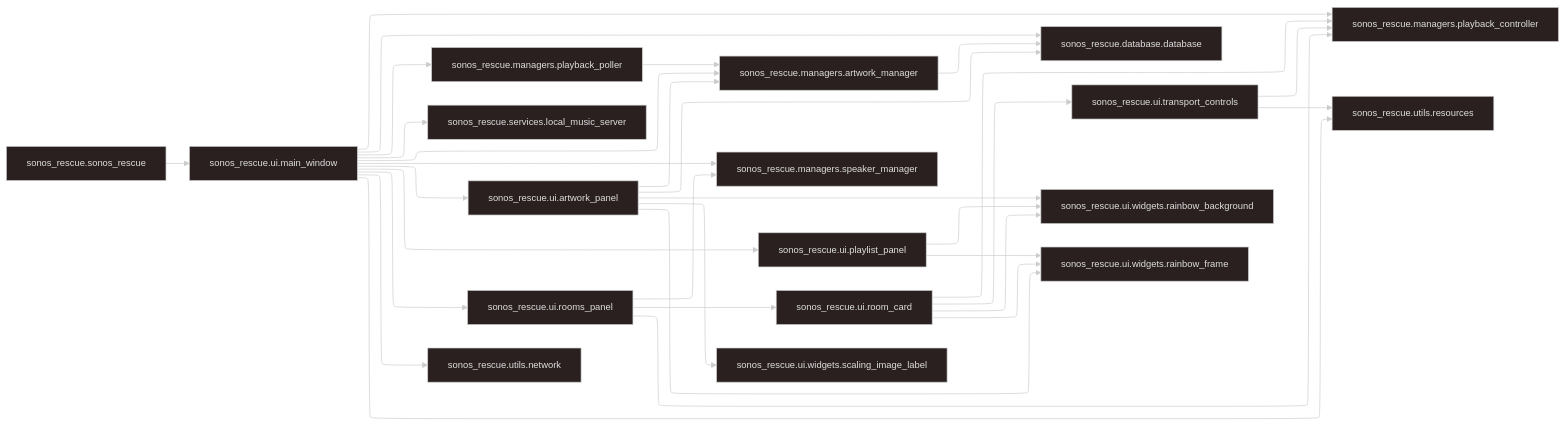
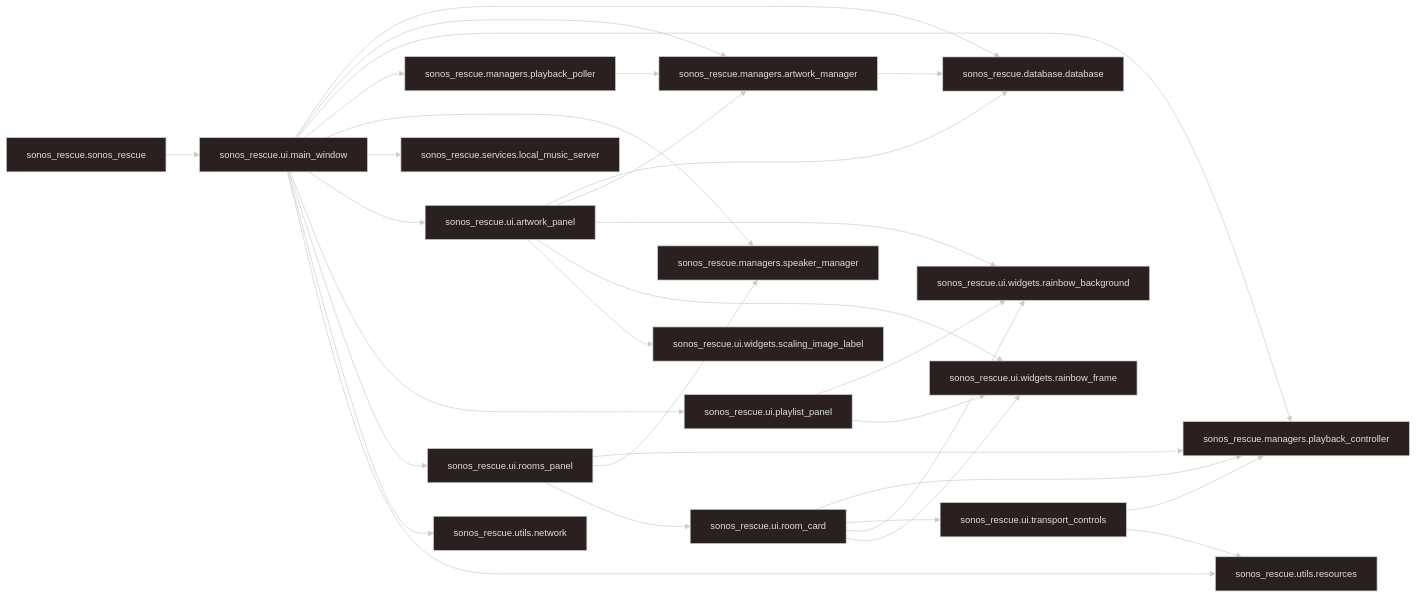
Before and after one commit to SpikeyMikie/Sonos_Rescue: the fifth of 5 diagrams in docs/architecture.md, drawn with Mermaid. The commit also changed other lines of this file and 8 other files, not shown here.

````diff
--- a/docs/architecture.md
+++ b/docs/architecture.md
@@ -349,56 +346,55 @@
 ```mermaid
 ---
 config:
   theme: neo-dark
-  layout: elk
 ---
 flowchart LR
     module_sonos__rescue_database_database["sonos_rescue.database.database"]
     module_sonos__rescue_managers_artwork__manager["sonos_rescue.managers.artwork_manager"]
     module_sonos__rescue_managers_playback__controller["sonos_rescue.managers.playback_controller"]
     module_sonos__rescue_managers_playback__poller["sonos_rescue.managers.playback_poller"]
     module_sonos__rescue_managers_speaker__manager["sonos_rescue.managers.speaker_manager"]
     module_sonos__rescue_services_local__music__server["sonos_rescue.services.local_music_server"]
     module_sonos__rescue_sonos__rescue["sonos_rescue.sonos_rescue"]
     module_sonos__rescue_ui_artwork__panel["sonos_rescue.ui.artwork_panel"]
     module_sonos__rescue_ui_main__window["sonos_rescue.ui.main_window"]
     module_sonos__rescue_ui_playlist__panel["sonos_rescue.ui.playlist_panel"]
     module_sonos__rescue_ui_room__card["sonos_rescue.ui.room_card"]
     module_sonos__rescue_ui_rooms__panel["sonos_rescue.ui.rooms_panel"]
     module_sonos__rescue_ui_transport__controls["sonos_rescue.ui.transport_controls"]
     module_sonos__rescue_ui_widgets_rainbow__background["sonos_rescue.ui.widgets.rainbow_background"]
     module_sonos__rescue_ui_widgets_rainbow__frame["sonos_rescue.ui.widgets.rainbow_frame"]
     module_sonos__rescue_ui_widgets_scaling__image__label["sonos_rescue.ui.widgets.scaling_image_label"]
     module_sonos__rescue_utils_network["sonos_rescue.utils.network"]
     module_sonos__rescue_utils_resources["sonos_rescue.utils.resources"]
     module_sonos__rescue_managers_artwork__manager --> module_sonos__rescue_database_database
     module_sonos__rescue_managers_playback__poller --> module_sonos__rescue_managers_artwork__manager
     module_sonos__rescue_sonos__rescue --> module_sonos__rescue_ui_main__window
     module_sonos__rescue_ui_artwork__panel --> module_sonos__rescue_database_database
     module_sonos__rescue_ui_artwork__panel --> module_sonos__rescue_managers_artwork__manager
     module_sonos__rescue_ui_artwork__panel --> module_sonos__rescue_ui_widgets_rainbow__background
     module_sonos__rescue_ui_artwork__panel --> module_sonos__rescue_ui_widgets_rainbow__frame
     module_sonos__rescue_ui_artwork__panel --> module_sonos__rescue_ui_widgets_scaling__image__label
     module_sonos__rescue_ui_main__window --> module_sonos__rescue_database_database
     module_sonos__rescue_ui_main__window --> module_sonos__rescue_managers_artwork__manager
     module_sonos__rescue_ui_main__window --> module_sonos__rescue_managers_playback__controller
     module_sonos__rescue_ui_main__window --> module_sonos__rescue_managers_playback__poller
     module_sonos__rescue_ui_main__window --> module_sonos__rescue_managers_speaker__manager
     module_sonos__rescue_ui_main__window --> module_sonos__rescue_services_local__music__server
     module_sonos__rescue_ui_main__window --> module_sonos__rescue_ui_artwork__panel
     module_sonos__rescue_ui_main__window --> module_sonos__rescue_ui_playlist__panel
     module_sonos__rescue_ui_main__window --> module_sonos__rescue_ui_rooms__panel
     module_sonos__rescue_ui_main__window --> module_sonos__rescue_utils_network
     module_sonos__rescue_ui_main__window --> module_sonos__rescue_utils_resources
     module_sonos__rescue_ui_playlist__panel --> module_sonos__rescue_ui_widgets_rainbow__background
     module_sonos__rescue_ui_playlist__panel --> module_sonos__rescue_ui_widgets_rainbow__frame
     module_sonos__rescue_ui_room__card --> module_sonos__rescue_managers_playback__controller
     module_sonos__rescue_ui_room__card --> module_sonos__rescue_ui_transport__controls
     module_sonos__rescue_ui_room__card --> module_sonos__rescue_ui_widgets_rainbow__background
     module_sonos__rescue_ui_room__card --> module_sonos__rescue_ui_widgets_rainbow__frame
     module_sonos__rescue_ui_rooms__panel --> module_sonos__rescue_managers_playback__controller
     module_sonos__rescue_ui_rooms__panel --> module_sonos__rescue_managers_speaker__manager
     module_sonos__rescue_ui_rooms__panel --> module_sonos__rescue_ui_room__card
     module_sonos__rescue_ui_transport__controls --> module_sonos__rescue_managers_playback__controller
     module_sonos__rescue_ui_transport__controls --> module_sonos__rescue_utils_resources
 ```
````
